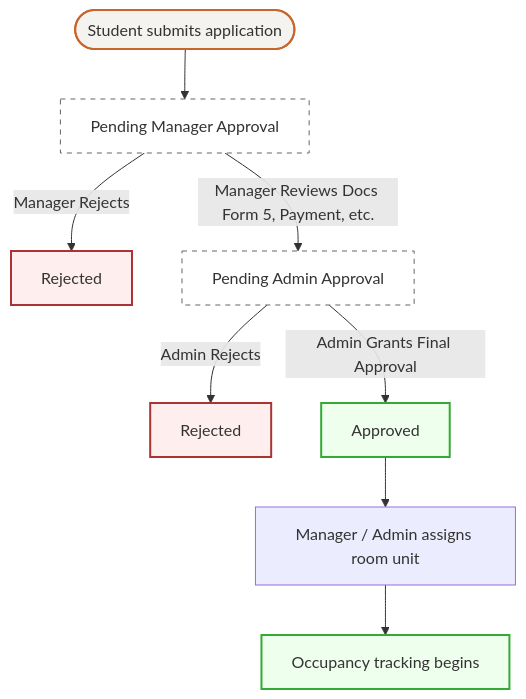
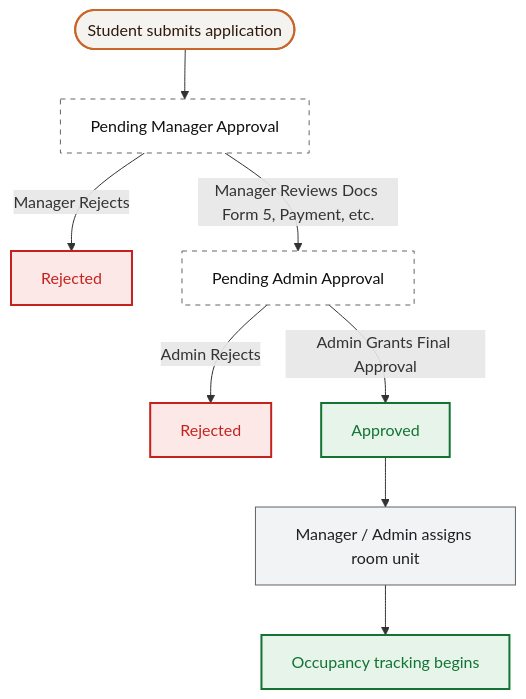
Before and after one commit to smmariquit/comsci-128: the second of 2 diagrams in README.md, drawn with Mermaid. The commit also changed other lines of this file, not shown here.

Commit message:
style: fix text color accessibility in Mermaid diagram

````diff
--- a/README.md
+++ b/README.md
@@ -71,24 +71,26 @@
 ```mermaid
 graph TD
     %% Define Styles
-    classDef init fill:#f5f3ef,stroke:#c9642a,stroke-width:2px;
-    classDef state fill:#fff,stroke:#666,stroke-width:1px,stroke-dasharray: 5 5;
-    classDef success fill:#efe,stroke:#3a3,stroke-width:2px;
-    classDef danger fill:#fee,stroke:#a33,stroke-width:2px;
+    classDef init fill:#f5f3ef,stroke:#c9642a,stroke-width:2px,color:#2c1b0c;
+    classDef state fill:#ffffff,stroke:#666666,stroke-width:1px,stroke-dasharray: 5 5,color:#111111;
+    classDef success fill:#e6f4ea,stroke:#137333,stroke-width:2px,color:#137333;
+    classDef danger fill:#fce8e6,stroke:#c5221f,stroke-width:2px,color:#c5221f;
+    classDef process fill:#f1f3f4,stroke:#5f6368,stroke-width:1px,color:#202124;
 
     Start([Student submits application]) --> P1[Pending Manager Approval]
     
     P1 -->|Manager Rejects| R1[Rejected]
     P1 -->|Manager Reviews Docs Form 5, Payment, etc.| P2[Pending Admin Approval]
     
     P2 -->|Admin Rejects| R2[Rejected]
     P2 -->|Admin Grants Final Approval| Appr[Approved]
     
     Appr --> Assign[Manager / Admin assigns room unit]
     Assign --> Occupy[Occupancy tracking begins]
     
     class Start init;
     class P1,P2 state;
     class Appr,Occupy success;
     class R1,R2 danger;
+    class Assign process;
 ```
````
